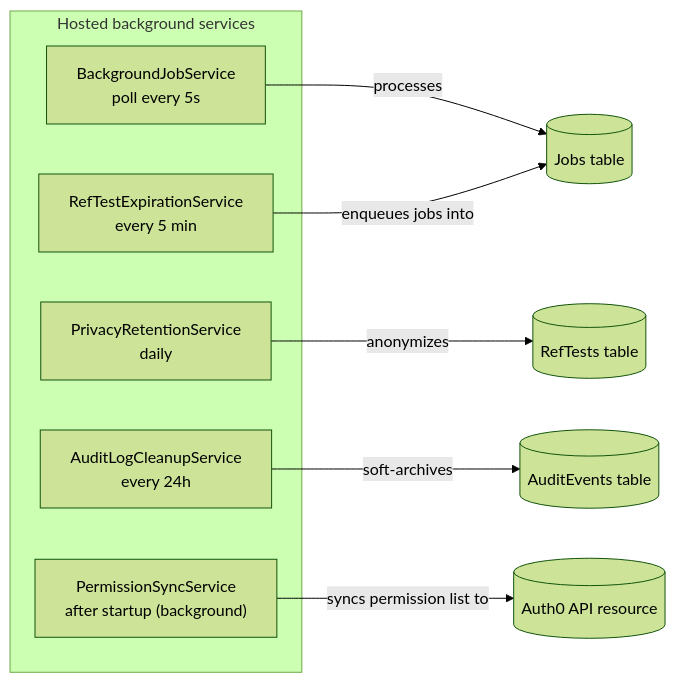
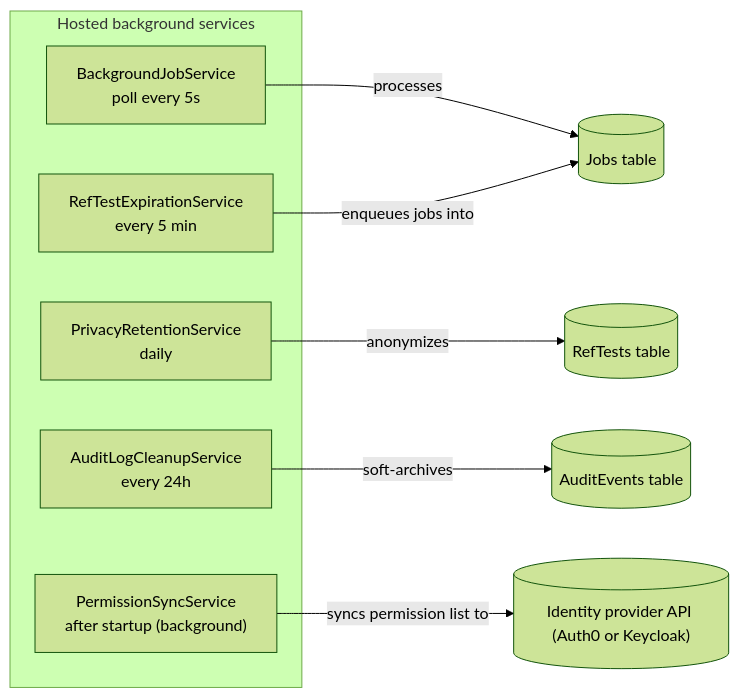
One commit to handballbelgium-referees/ref-test-management changed the first of 7 diagrams in docs/ARCHITECTURE-DIAGRAM.md. Above: the diagram before and after it, drawn with Mermaid (forest theme). The commit also changed other lines of this file and 2 other files, not shown here.

First line of the commit message:
docs(docs): describe provider selection in security, deployment, and architecture

````diff
--- a/docs/ARCHITECTURE-DIAGRAM.md
+++ b/docs/ARCHITECTURE-DIAGRAM.md
@@ -12,21 +12,21 @@
 ```mermaid
 flowchart LR
     subgraph Hosted["Hosted background services"]
         BJS["BackgroundJobService\npoll every 5s"]
         RES["RefTestExpirationService\nevery 5 min"]
         PRS["PrivacyRetentionService\ndaily"]
         ALCS["AuditLogCleanupService\nevery 24h"]
         PSS["PermissionSyncService\nafter startup (background)"]
     end
 
     Jobs[("Jobs table")]
     RefTests[("RefTests table")]
     AuditEvents[("AuditEvents table")]
-    Auth0API[("Auth0 API resource")]
+    IdPAPI[("Identity provider API (Auth0 or Keycloak)")]
 
     BJS -->|processes| Jobs
     RES -->|enqueues jobs into| Jobs
     PRS -->|anonymizes| RefTests
     ALCS -->|soft-archives| AuditEvents
-    PSS -->|syncs permission list to| Auth0API
+    PSS -->|syncs permission list to| IdPAPI
 ```
````
